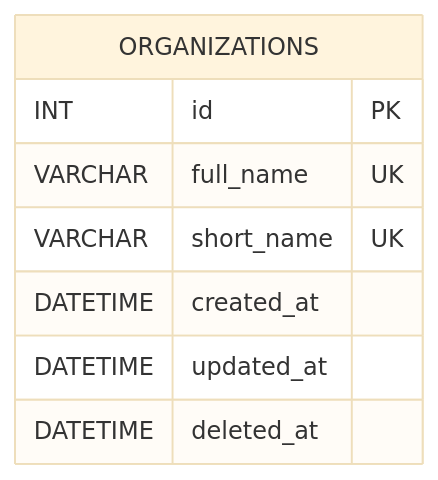
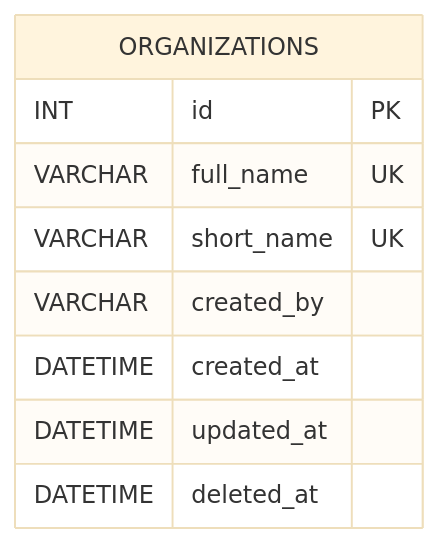
The diagram in modules/organizations/README.md (percontmx/sportscloud), drawn with Mermaid (base theme) before and after one commit. The commit also changed 1 other file, not shown here.

Commit message:
Documentación de crear organizaciones (modelo).

````diff
--- a/modules/organizations/README.md
+++ b/modules/organizations/README.md
@@ -15,11 +15,12 @@
 ```mermaid
 erDiagram
     o[ORGANIZATIONS] {
         INT id PK 
         VARCHAR full_name UK 
         VARCHAR short_name UK 
+        VARCHAR created_by
         DATETIME created_at 
         DATETIME updated_at 
         DATETIME deleted_at 
     }
 ```
````
